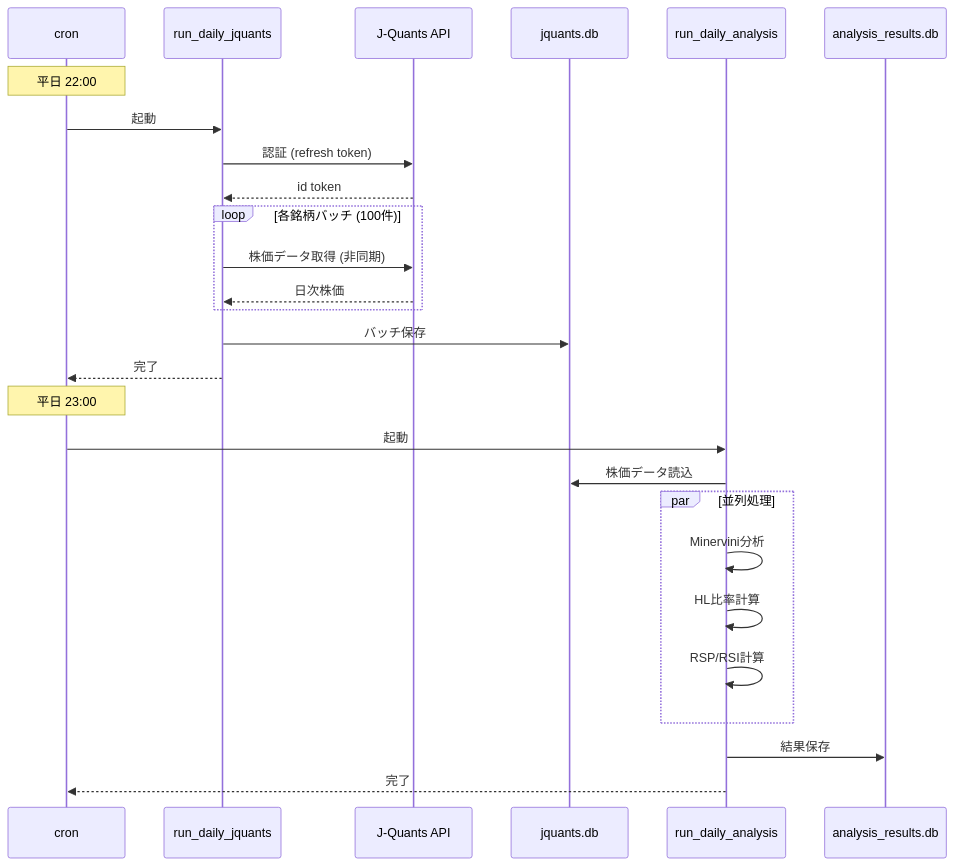
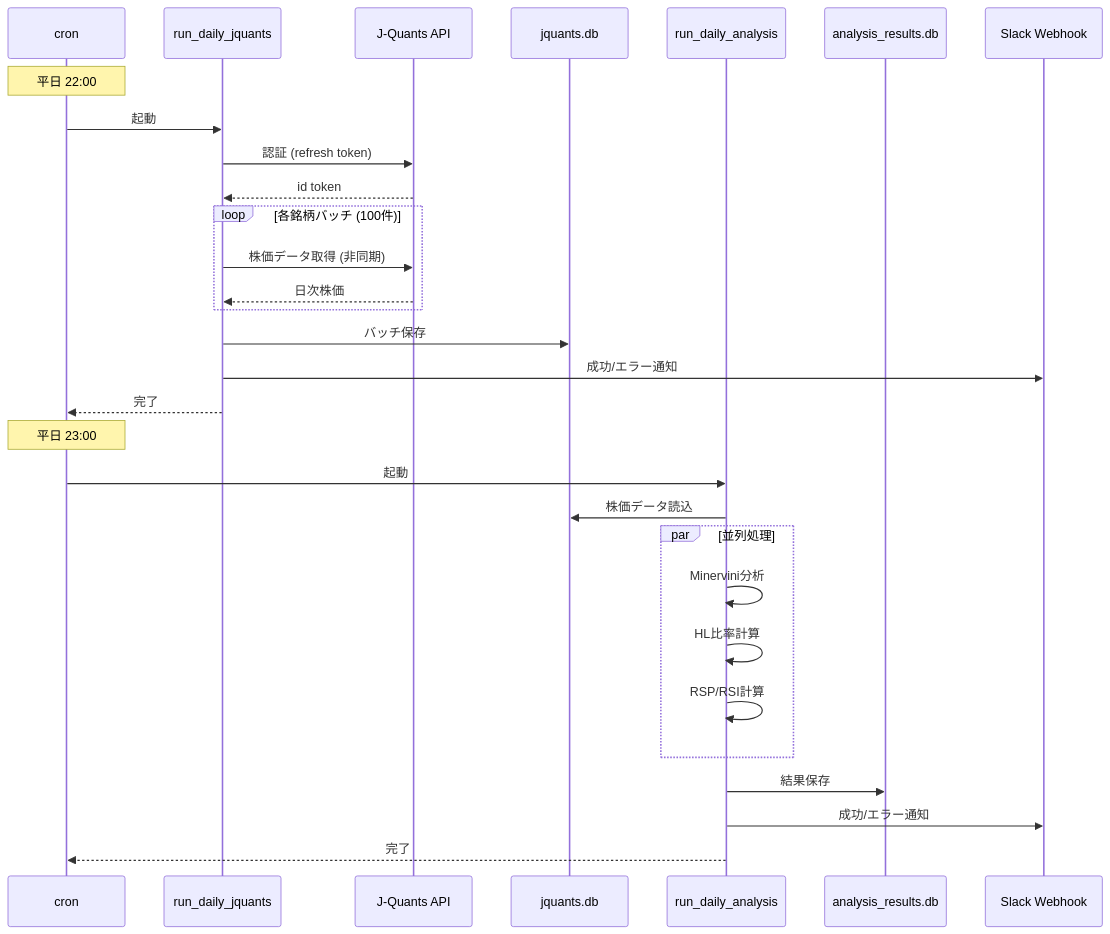
One commit to tak-akashi/stock-analysis changed the third of 8 diagrams in docs/core/diagrams.md. Above: the diagram before and after it, drawn with Mermaid. The commit also changed other lines of this file and 14 other files, not shown here.

````diff
--- a/docs/core/diagrams.md
+++ b/docs/core/diagrams.md
@@ -133,35 +134,38 @@
 ```mermaid
 sequenceDiagram
     participant Cron as cron
     participant RDJ as run_daily_jquants
     participant JQ as J-Quants API
     participant DB as jquants.db
     participant RDA as run_daily_analysis
     participant ADB as analysis_results.db
+    participant Slack as Slack Webhook
 
     Note over Cron: 平日 22:00
     Cron->>RDJ: 起動
     RDJ->>JQ: 認証 (refresh token)
     JQ-->>RDJ: id token
 
     loop 各銘柄バッチ (100件)
         RDJ->>JQ: 株価データ取得 (非同期)
         JQ-->>RDJ: 日次株価
     end
 
     RDJ->>DB: バッチ保存
+    RDJ->>Slack: 成功/エラー通知
     RDJ-->>Cron: 完了
 
     Note over Cron: 平日 23:00
     Cron->>RDA: 起動
     RDA->>DB: 株価データ読込
 
     par 並列処理
         RDA->>RDA: Minervini分析
         RDA->>RDA: HL比率計算
         RDA->>RDA: RSP/RSI計算
     end
 
     RDA->>ADB: 結果保存
+    RDA->>Slack: 成功/エラー通知
     RDA-->>Cron: 完了
 ```
````
